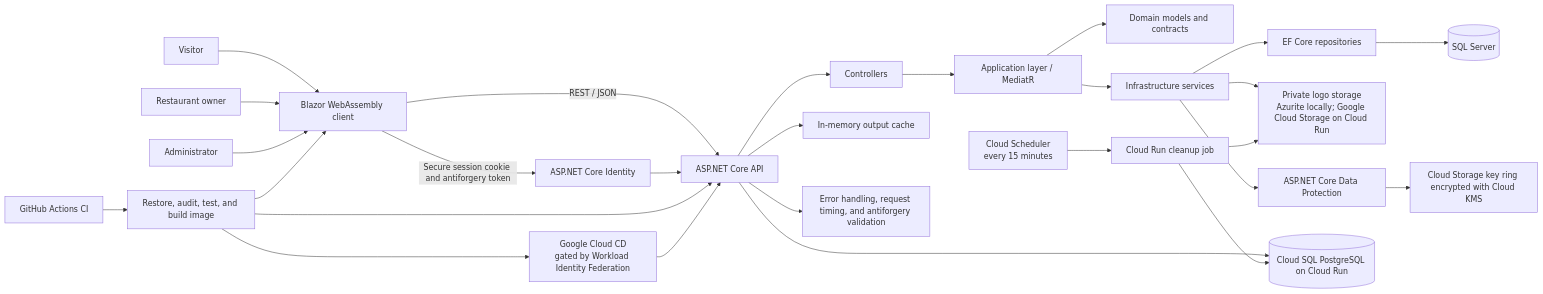
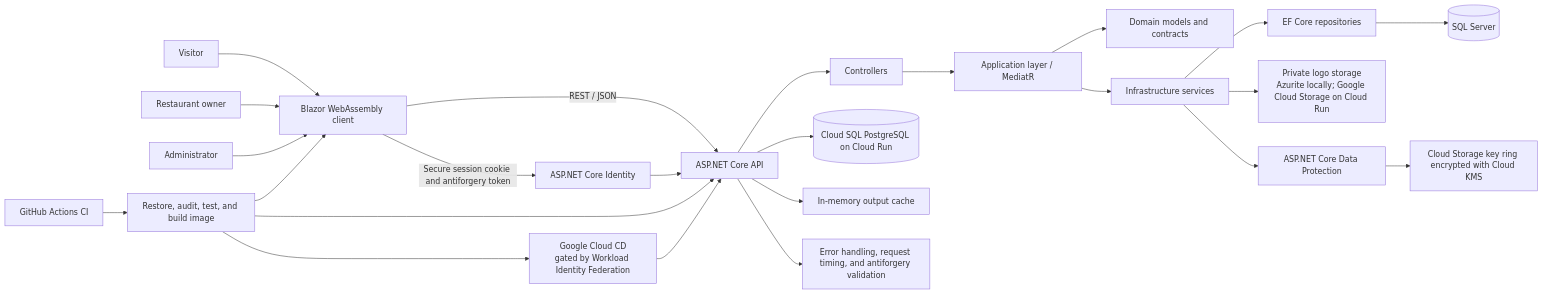
The diagram in README.md (look-96/LocalEats), drawn with Mermaid before and after one commit. The commit also changed other lines of this file and 2 other files, not shown here.

Commit message:
Deploy without unimplemented cleanup job

````diff
--- a/README.md
+++ b/README.md
@@ -37,34 +37,30 @@
 ```mermaid
 flowchart LR
     Visitor[Visitor] --> Client[Blazor WebAssembly client]
     Owner[Restaurant owner] --> Client
     Admin[Administrator] --> Client
 
     Client -->|REST / JSON| API[ASP.NET Core API]
     Client -->|Secure session cookie and antiforgery token| Identity[ASP.NET Core Identity]
     Identity --> API
 
     API --> Controllers[Controllers]
     Controllers --> App[Application layer / MediatR]
     App --> Domain[Domain models and contracts]
     App --> Infra[Infrastructure services]
     Infra --> EF[EF Core repositories]
     EF --> SQL[(SQL Server)]
     Infra --> Blob[Private logo storage<br/>Azurite locally; Google Cloud Storage on Cloud Run]
     Infra --> DP[ASP.NET Core Data Protection]
     DP --> KMS[Cloud Storage key ring encrypted with Cloud KMS]
     API --> PG[(Cloud SQL PostgreSQL on Cloud Run)]
 
-    Scheduler[Cloud Scheduler<br/>every 15 minutes] --> Cleanup[Cloud Run cleanup job]
-    Cleanup --> PG
-    Cleanup --> Blob
-
     API --> Cache[In-memory output cache]
     API --> Middleware[Error handling, request timing, and antiforgery validation]
 
     GitHub[GitHub Actions CI] --> Build[Restore, audit, test, and build image]
     Build --> API
     Build --> Client
     Build --> Deploy[Google Cloud CD<br/>gated by Workload Identity Federation]
     Deploy --> API
 ```
````
